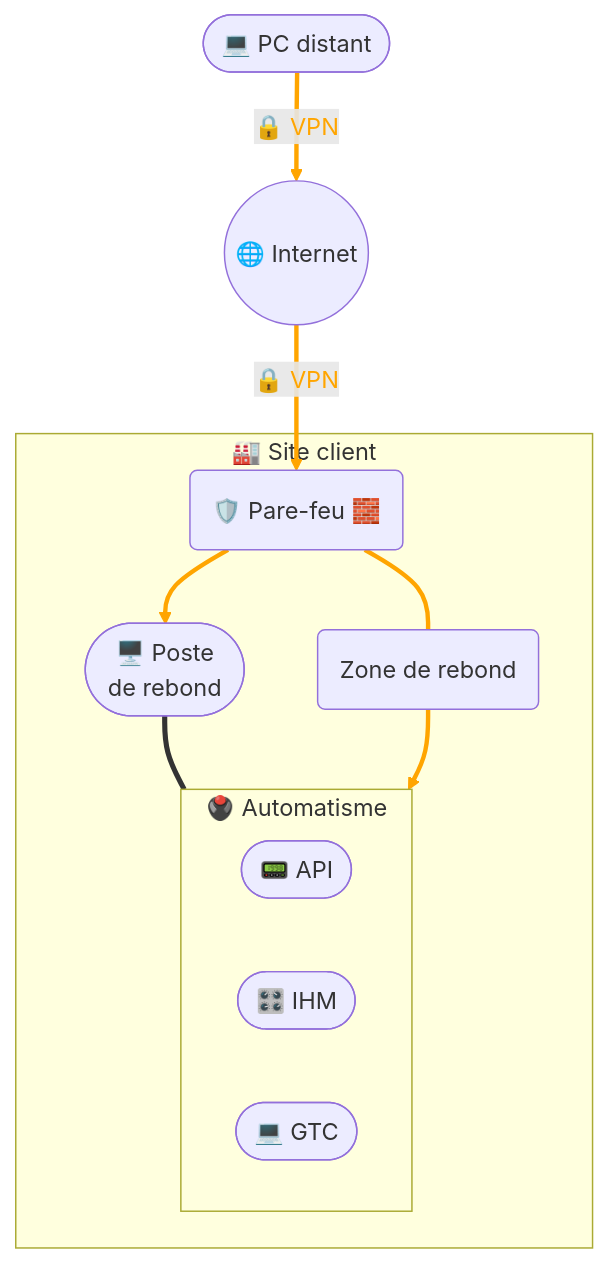
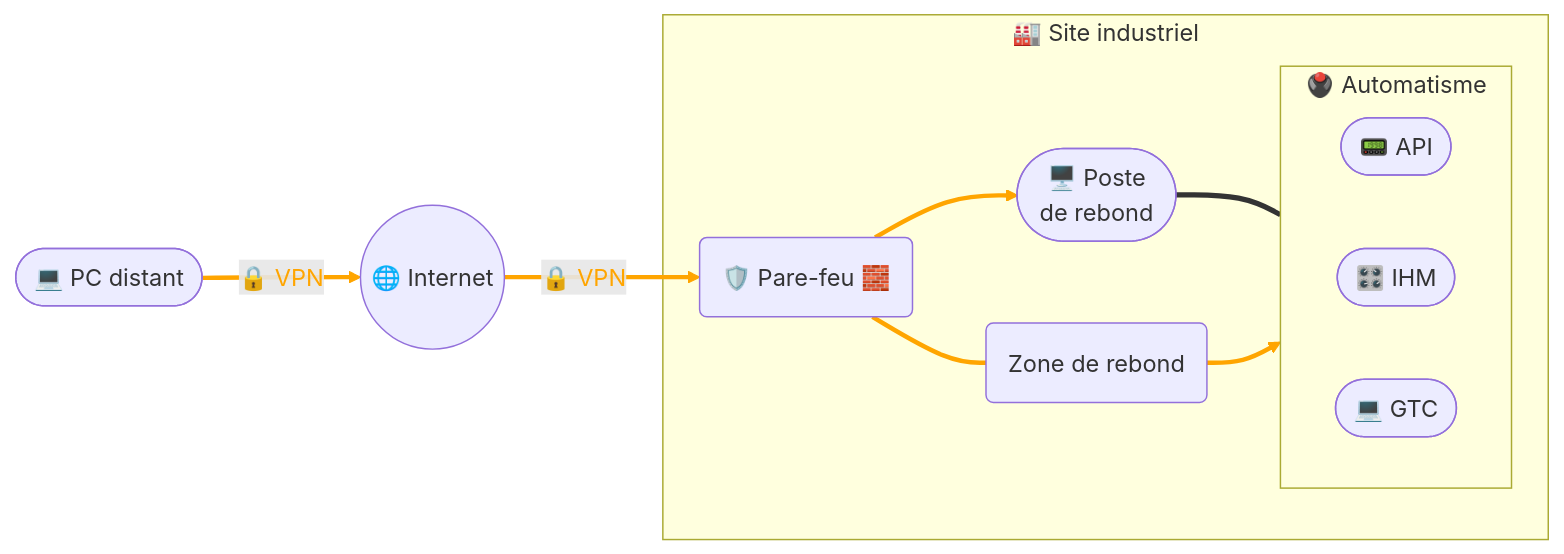
Before and after one commit to JohannPx/network-architectures: the diagram in docs/remote-access/Accès distant - Solution VPN client.md, drawn with Mermaid. The commit also changed 12 other files, not shown here.

````diff
--- a/docs/remote-access/Accès distant - Solution VPN client.md
+++ b/docs/remote-access/Accès distant - Solution VPN client.md
@@ -5,33 +5,33 @@
 ```mermaid
-flowchart TB
+flowchart LR
 
     remote([💻 PC distant])
 
     internet((🌐 Internet))
 
-    subgraph site [🏭 Site client]
+    subgraph site [🏭 Site industriel]
         fw(🛡️ Pare-feu 🧱)
         vlan(Zone de rebond)
         jumpServer([🖥️ Poste
         de rebond])
         subgraph automation [🖲️ Automatisme]
             direction RL
             plc([📟 API])
             hmi([🎛️ IHM])
             gtc([💻 GTC])
         end
     end
 
     remote == 🔒 VPN ==> internet
     internet == 🔒 VPN ==> fw
     fw === vlan
     fw ==> jumpServer
     jumpServer === automation
     vlan ==> automation
 
     linkStyle 0 stroke:orange,stroke-width:3px,color:orange;
     linkStyle 1 stroke:orange,stroke-width:3px,color:orange;
     linkStyle 2 stroke:orange,stroke-width:3px,color:orange;
     linkStyle 3 stroke:orange,stroke-width:3px,color:orange;
     linkStyle 5 stroke:orange,stroke-width:3px,color:orange;
 ```
````
